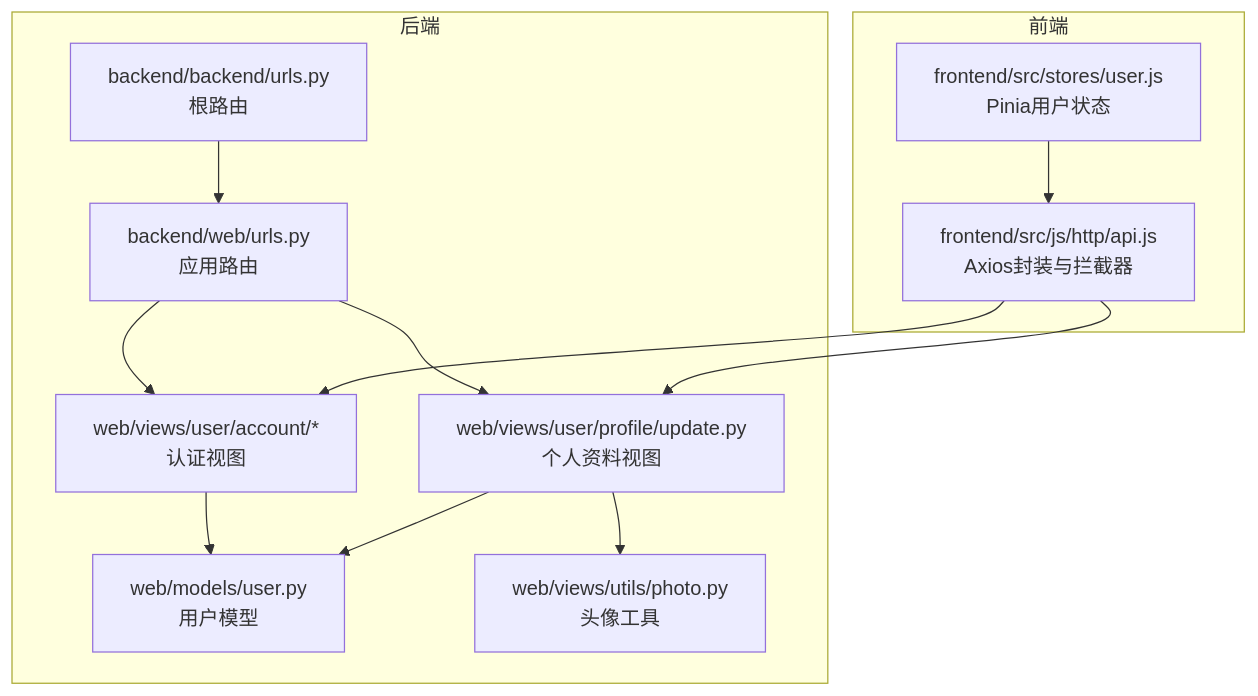
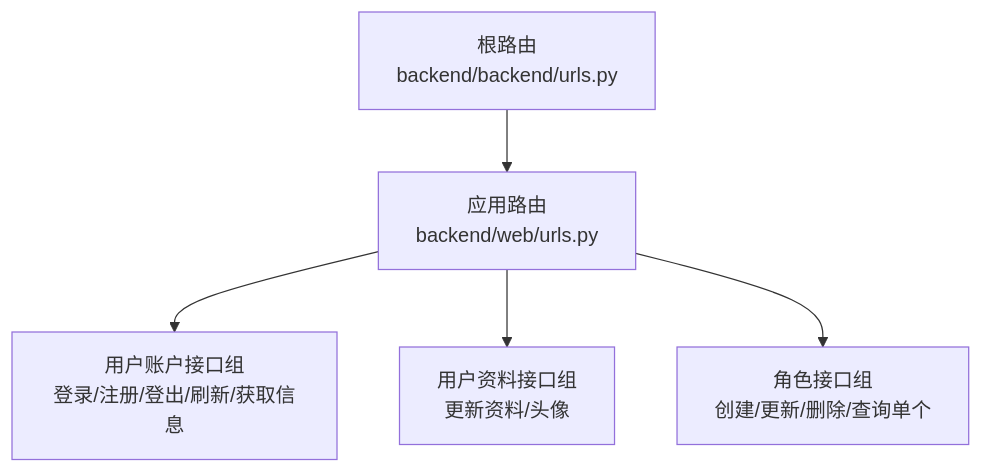
The first of 4 diagrams in .qoder/repowiki/zh/content/API接口文档/API接口文档.md (Blaipchi/LLM_AIfriends), drawn with Mermaid before and after one commit. The commit also changed other lines of this file and 89 other files, not shown here.

````diff
--- a/.qoder/repowiki/zh/content/API接口文档/API接口文档.md
+++ b/.qoder/repowiki/zh/content/API接口文档/API接口文档.md
@@ -38,24 +39,7 @@
 ```mermaid
 graph TB
-subgraph "后端"
-A["backend/backend/urls.py<br/>根路由"]
-B["backend/web/urls.py<br/>应用路由"]
-C["web/views/user/account/*<br/>认证视图"]
-D["web/views/user/profile/update.py<br/>个人资料视图"]
-E["web/models/user.py<br/>用户模型"]
-F["web/views/utils/photo.py<br/>头像工具"]
-end
-subgraph "前端"
-G["frontend/src/js/http/api.js<br/>Axios封装与拦截器"]
-H["frontend/src/stores/user.js<br/>Pinia用户状态"]
-end
-A --> B
-B --> C
-B --> D
-D --> F
-C --> E
-D --> E
-G --> C
-G --> D
-H --> G
+RootURLs["根路由<br/>backend/backend/urls.py"] --> WebURLs["应用路由<br/>backend/web/urls.py"]
+WebURLs --> UserAccount["用户账户接口组<br/>登录/注册/登出/刷新/获取信息"]
+WebURLs --> UserProfile["用户资料接口组<br/>更新资料/头像"]
+WebURLs --> CharacterOps["角色接口组<br/>创建/更新/删除/查询单个"]
 ```
````
